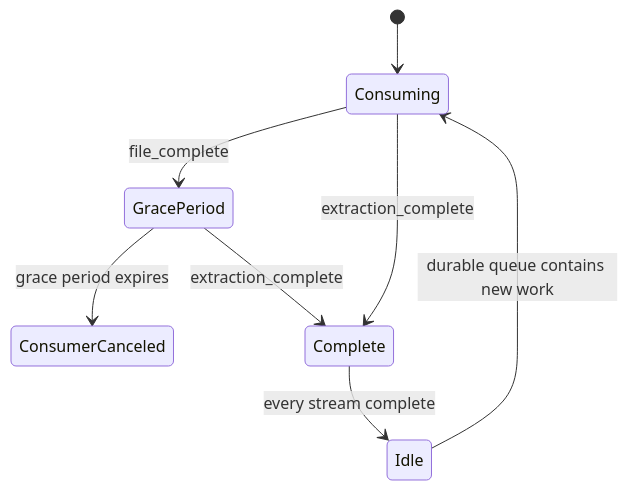
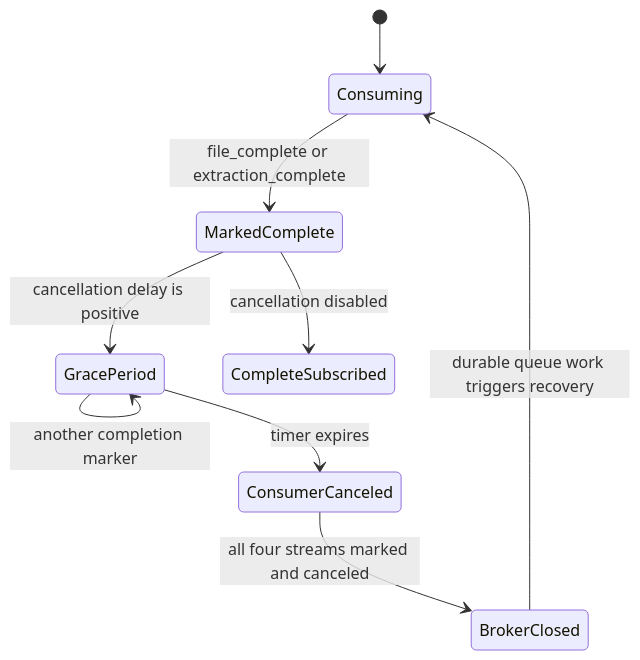
The diagram in docs/file-completion-tracking.md (groovemap-music/musicbrainz-sql-loader), drawn with Mermaid before and after one commit. The commit also changed other lines of this file and 8 other files, not shown here.

````diff
--- a/docs/file-completion-tracking.md
+++ b/docs/file-completion-tracking.md
@@ -5,10 +5,11 @@
 ```mermaid
 stateDiagram-v2
     [*] --> Consuming
-    Consuming --> GracePeriod: file_complete
-    GracePeriod --> ConsumerCanceled: grace period expires
-    Consuming --> Complete: extraction_complete
-    GracePeriod --> Complete: extraction_complete
-    Complete --> Idle: every stream complete
-    Idle --> Consuming: durable queue contains new work
+    Consuming --> MarkedComplete: file_complete or extraction_complete
+    MarkedComplete --> GracePeriod: cancellation delay is positive
+    MarkedComplete --> CompleteSubscribed: cancellation disabled
+    GracePeriod --> GracePeriod: another completion marker
+    GracePeriod --> ConsumerCanceled: timer expires
+    ConsumerCanceled --> BrokerClosed: all four streams marked and canceled
+    BrokerClosed --> Consuming: durable queue work triggers recovery
 ```
````
